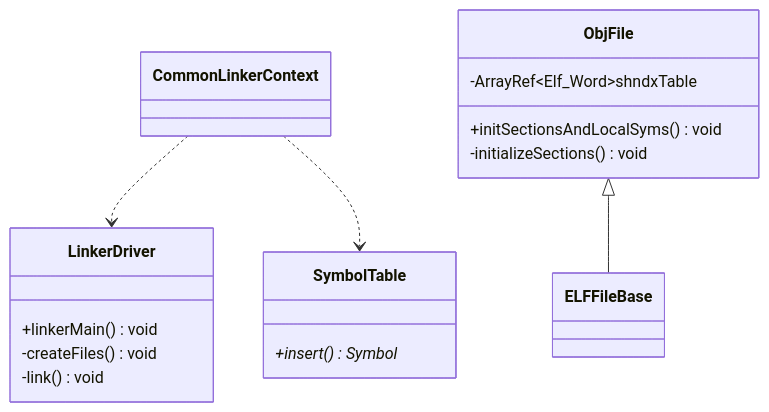
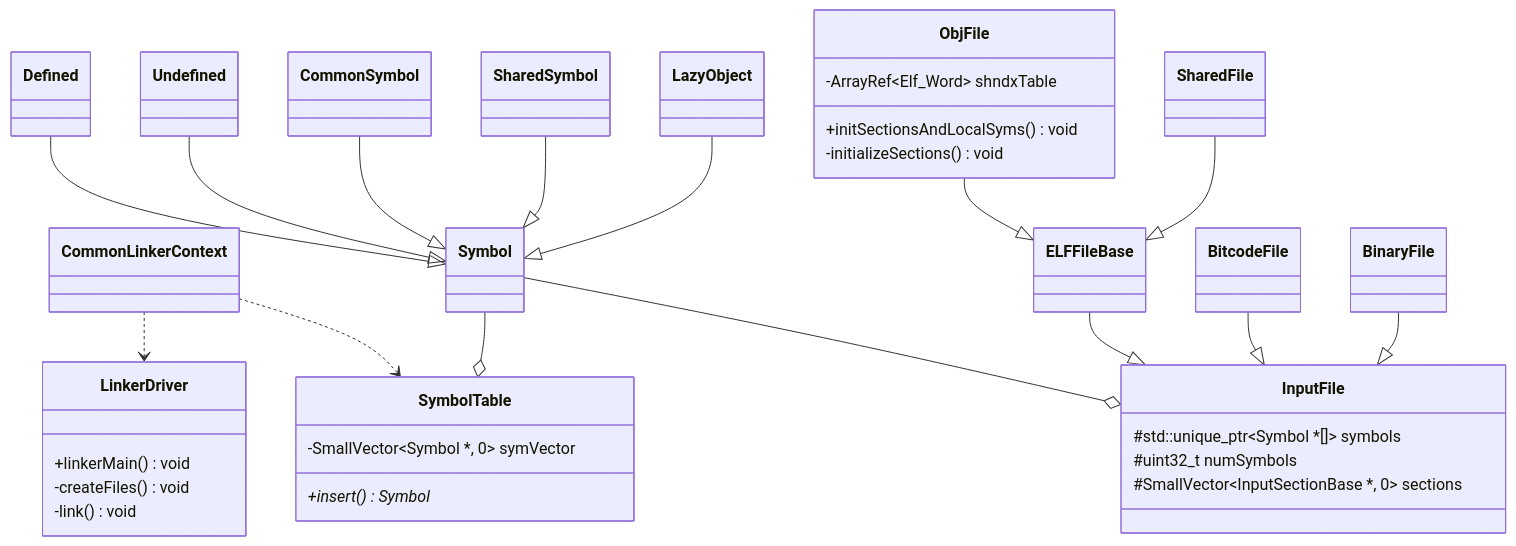
Before and after one commit to acelyb/MY-NOTE: the second of 2 diagrams in compiler/llvm-note.md, drawn with Mermaid. The commit also changed other lines of this file and 1 other file, not shown here.

Commit message:
linker(llvm): Amend lld note and cpp note.

````diff
--- a/compiler/llvm-note.md
+++ b/compiler/llvm-note.md
@@ -64,7 +70,21 @@
 classDiagram
     CommonLinkerContext ..> LinkerDriver
     CommonLinkerContext ..> SymbolTable
-    ObjFile <|-- ELFFileBase
+
+    Symbol --o SymbolTable
+    Symbol --o InputFile
+
+    Defined --|> Symbol
+    Undefined --|> Symbol
+    CommonSymbol --|> Symbol
+    SharedSymbol --|> Symbol
+    LazyObject --|> Symbol
+
+    ELFFileBase --|> InputFile
+    BitcodeFile --|> InputFile
+    BinaryFile --|> InputFile
+    ObjFile --|> ELFFileBase
+    SharedFile --|> ELFFileBase
 
     class CommonLinkerContext {
 
@@ -77,16 +97,59 @@
     }
 
     class SymbolTable {
+        -SmallVector~Symbol *, 0~ symVector
         +insert() Symbol *
+    }
+
+    class Symbol {
+
+    }
+
+    class Defined {
+
+    }
+
+    class Undefined {
+
+    }
+
+    class CommonSymbol {
+        
+    }
+
+    class SharedSymbol {
+        
+    }
+
+    class LazyObject {
+        
+    }
+
+    class InputFile {
+        #std::unique_ptr~Symbol *[]~ symbols
+        #uint32_t numSymbols
+        #SmallVector~InputSectionBase *, 0~ sections
     }
 
     class ELFFileBase {
 
     }
 
+    class BitcodeFile {
+
+    }
+
+    class BinaryFile {
+
+    }
+
     class ObjFile {
-        -ArrayRef~Elf_Word~shndxTable
+        -ArrayRef~Elf_Word~ shndxTable
         +initSectionsAndLocalSyms() void
         -initializeSections() void
     }
+
+    class SharedFile {
+
+    }
 ```
````
